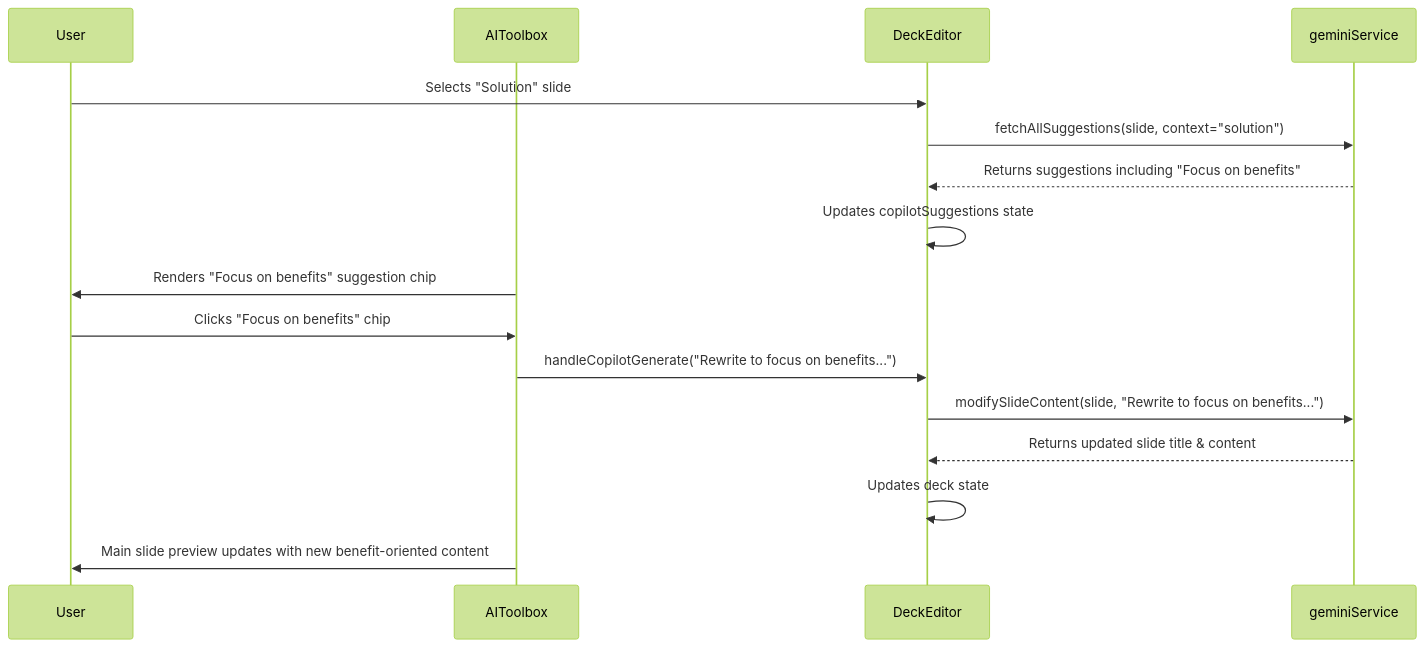
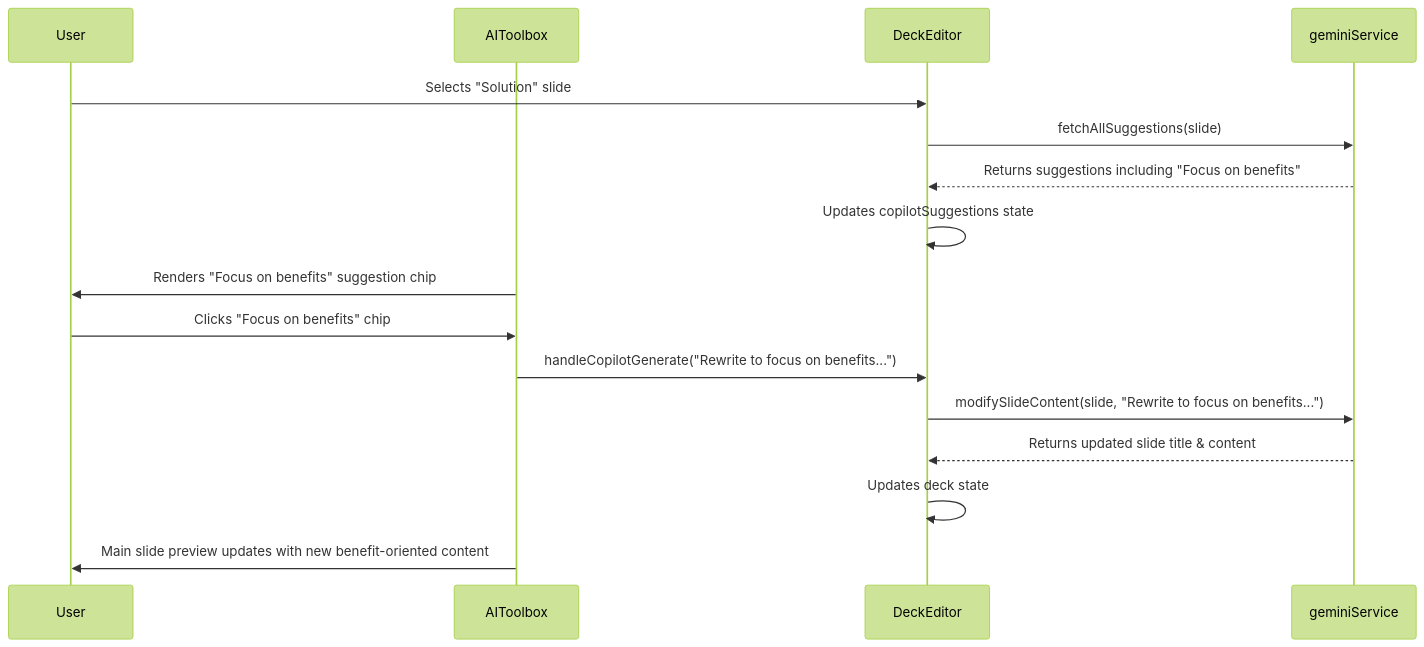
Before and after one commit to amo-tech-ai/sun100: the diagram in docs/25-slide-3-solution-plan.md, drawn with Mermaid (forest theme). The commit also changed other lines of this file and 19 other files, not shown here.

````diff
--- a/docs/25-slide-3-solution-plan.md
+++ b/docs/25-slide-3-solution-plan.md
@@ -83,20 +82,20 @@
 ```mermaid
 sequenceDiagram
     participant User
     participant UI as AIToolbox
     participant State as DeckEditor
     participant Service as geminiService
 
     User->>State: Selects "Solution" slide
-    State->>Service: fetchAllSuggestions(slide, context="solution")
+    State->>Service: fetchAllSuggestions(slide)
     Service-->>State: Returns suggestions including "Focus on benefits"
     State->>State: Updates copilotSuggestions state
     UI->>User: Renders "Focus on benefits" suggestion chip
 
     User->>UI: Clicks "Focus on benefits" chip
     UI->>State: handleCopilotGenerate("Rewrite to focus on benefits...")
     State->>Service: modifySlideContent(slide, "Rewrite to focus on benefits...")
     Service-->>State: Returns updated slide title & content
     State->>State: Updates deck state
     UI->>User: Main slide preview updates with new benefit-oriented content
 ```
````
